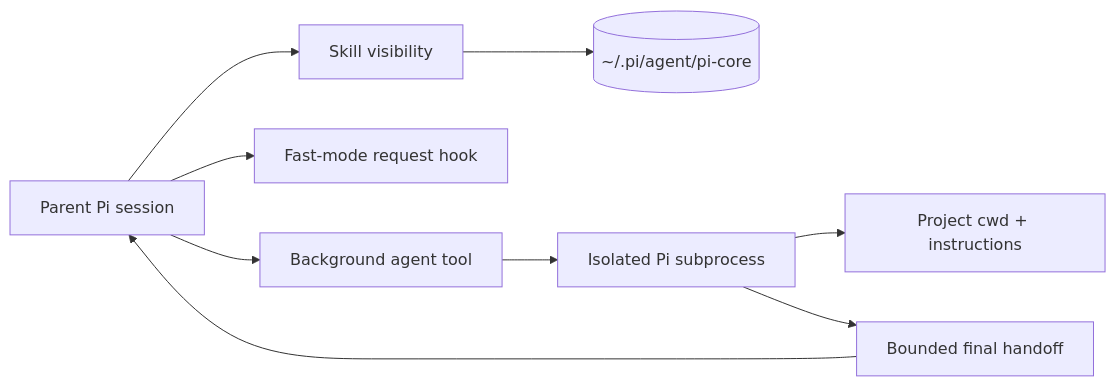
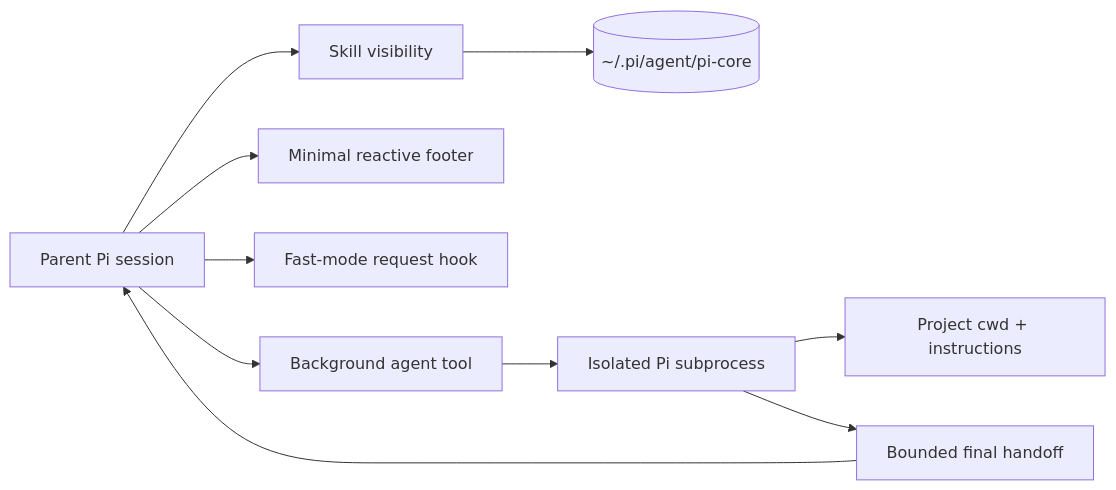
Before and after one commit to enzodevs/pi-core: the diagram in README.md, drawn with Mermaid. The commit also changed other lines of this file and 5 other files, not shown here.

Commit message:
feat: add durable background agents and minimal footer

````diff
--- a/README.md
+++ b/README.md
@@ -201,11 +225,12 @@
 ```mermaid
 flowchart LR
     Pi[Parent Pi session] --> Skills[Skill visibility]
+    Pi --> Footer[Minimal reactive footer]
     Pi --> Fast[Fast-mode request hook]
     Pi --> Agent[Background agent tool]
     Skills --> Store[(~/.pi/agent/pi-core)]
     Agent --> Child[Isolated Pi subprocess]
     Child --> Project[Project cwd + instructions]
     Child --> Handoff[Bounded final handoff]
     Handoff --> Pi
 ```
````
